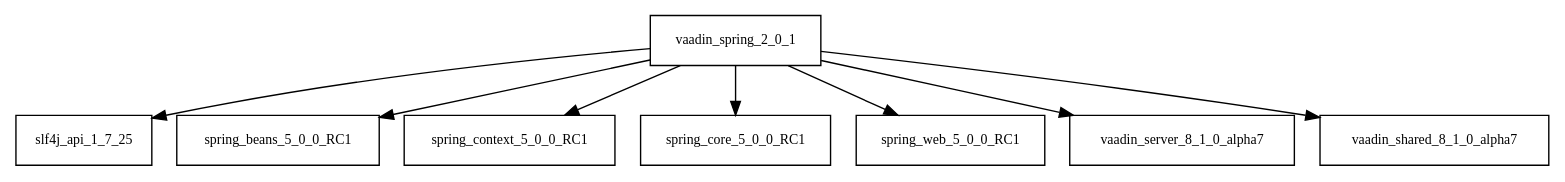
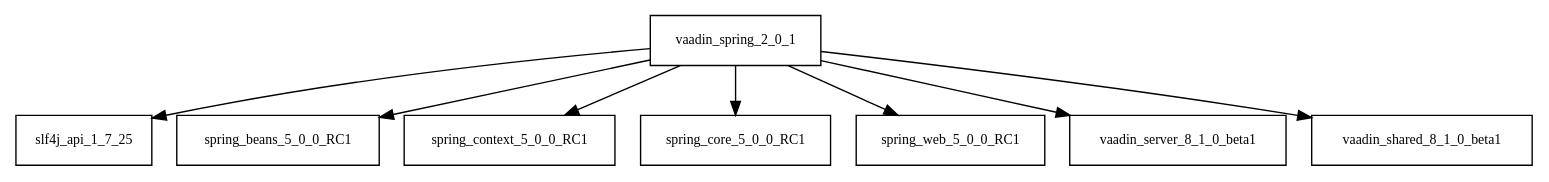
One commit to AglaianWoman/cia changed the diagram in tattleTaleReport/graphviz/vaadin-spring-2.0.1.jar/vaadin-spring-2.0.1.jar.dot. Above: the diagram before and after it, drawn with Graphviz. The commit also changed 2185 other files, not shown here.

```diff
--- a/tattleTaleReport/graphviz/vaadin-spring-2.0.1.jar/vaadin-spring-2.0.1.jar.dot
+++ b/tattleTaleReport/graphviz/vaadin-spring-2.0.1.jar/vaadin-spring-2.0.1.jar.dot
@@ -1,10 +1,10 @@
 digraph vaadin_spring_2_0_1_dependencies {
   node [shape = box, fontsize=10.0];
   vaadin_spring_2_0_1 -> slf4j_api_1_7_25;
   vaadin_spring_2_0_1 -> spring_beans_5_0_0_RC1;
   vaadin_spring_2_0_1 -> spring_context_5_0_0_RC1;
   vaadin_spring_2_0_1 -> spring_core_5_0_0_RC1;
   vaadin_spring_2_0_1 -> spring_web_5_0_0_RC1;
-  vaadin_spring_2_0_1 -> vaadin_server_8_1_0_alpha7;
-  vaadin_spring_2_0_1 -> vaadin_shared_8_1_0_alpha7;
+  vaadin_spring_2_0_1 -> vaadin_server_8_1_0_beta1;
+  vaadin_spring_2_0_1 -> vaadin_shared_8_1_0_beta1;
 }
```
